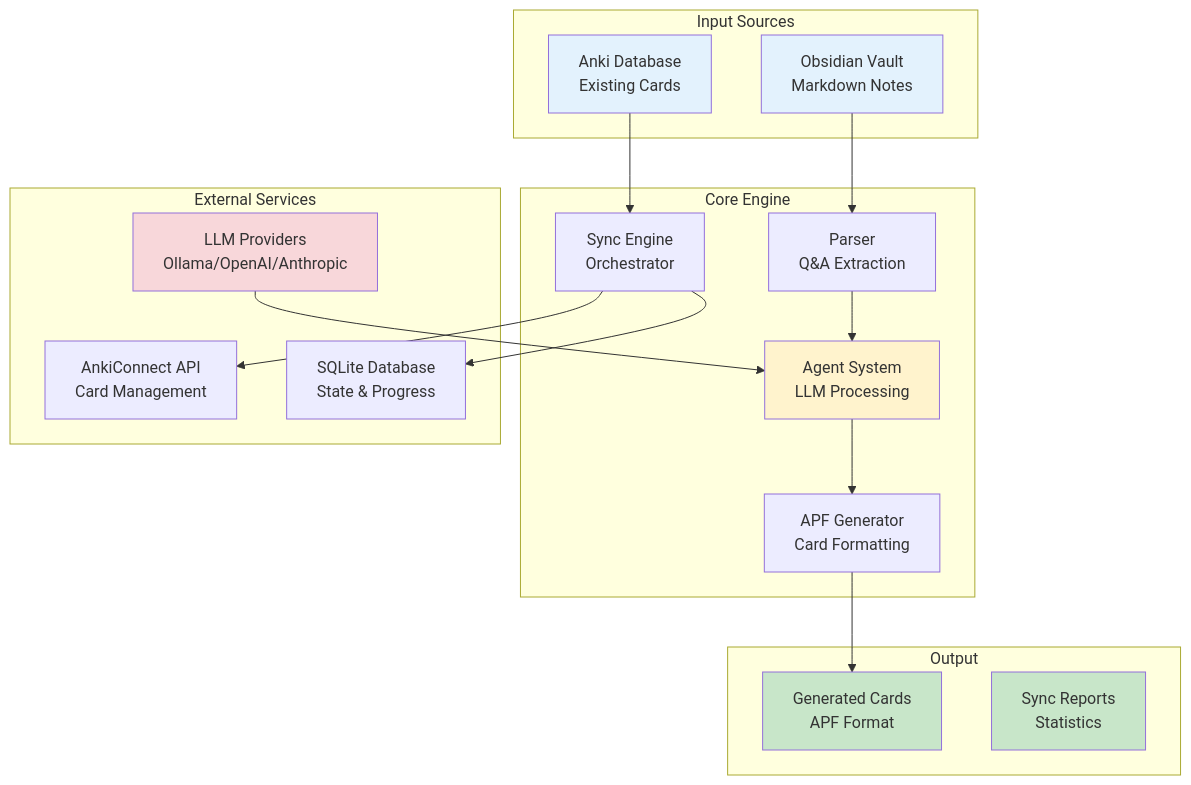
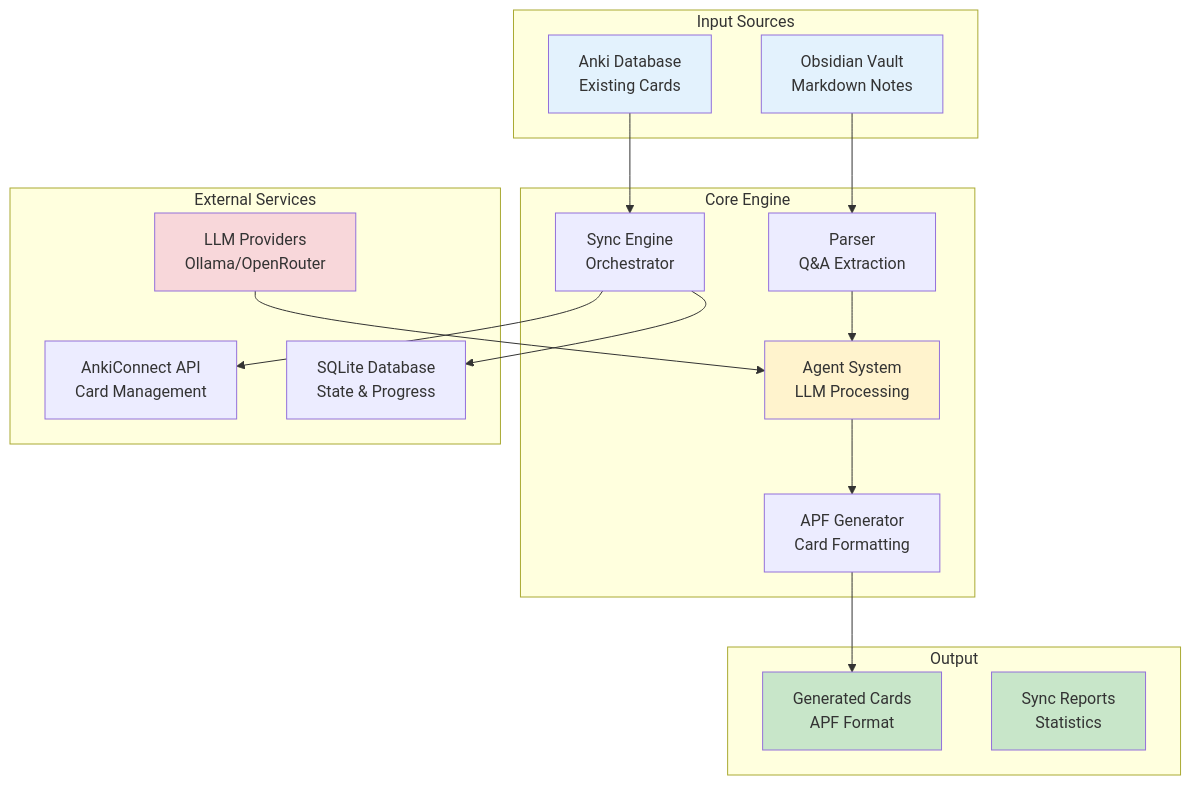
The second of 3 diagrams in README.md (po4yka/obsidian-to-anki), drawn with Mermaid before and after one commit. The commit also changed other lines of this file and 51 other files, not shown here.

````diff
--- a/README.md
+++ b/README.md
@@ -73,41 +72,41 @@
 ```mermaid
 graph TB
     subgraph "Input Sources"
         A[Obsidian Vault<br/>Markdown Notes]
         B[Anki Database<br/>Existing Cards]
     end
 
     subgraph "Core Engine"
         C[Sync Engine<br/>Orchestrator]
         D[Parser<br/>Q&A Extraction]
         E[Agent System<br/>LLM Processing]
         F[APF Generator<br/>Card Formatting]
     end
 
     subgraph "External Services"
-        G[LLM Providers<br/>Ollama/OpenAI/Anthropic]
+        G[LLM Providers<br/>Ollama/OpenRouter]
         H[AnkiConnect API<br/>Card Management]
         I[SQLite Database<br/>State & Progress]
     end
 
     subgraph "Output"
         J[Generated Cards<br/>APF Format]
         K[Sync Reports<br/>Statistics]
     end
 
     A --> D
     B --> C
     D --> E
     E --> F
     F --> J
     C --> H
     C --> I
     G --> E
 
     style A fill:#e3f2fd
     style B fill:#e3f2fd
     style J fill:#c8e6c9
     style K fill:#c8e6c9
     style E fill:#fff3cd
     style G fill:#f8d7da
 ```
````
